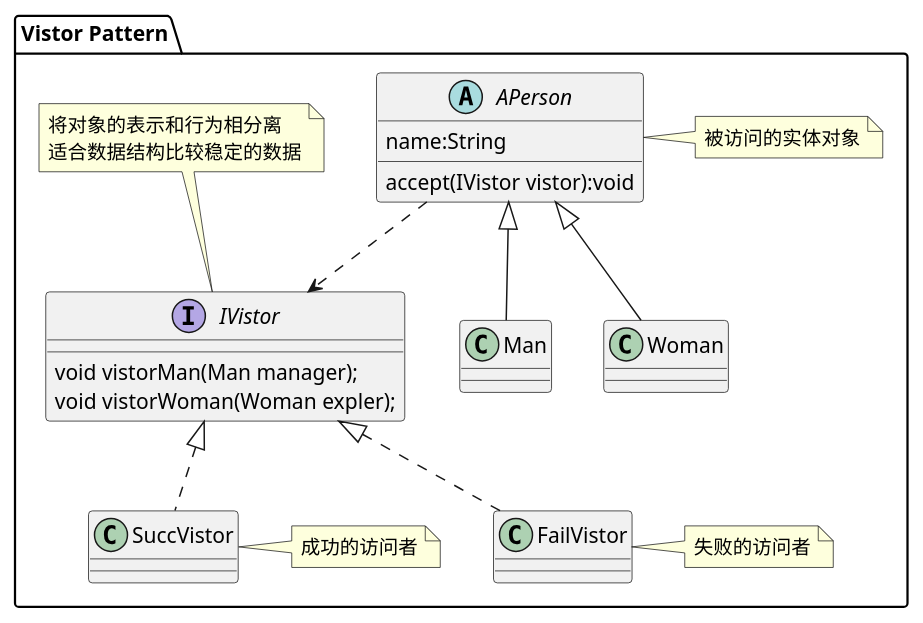
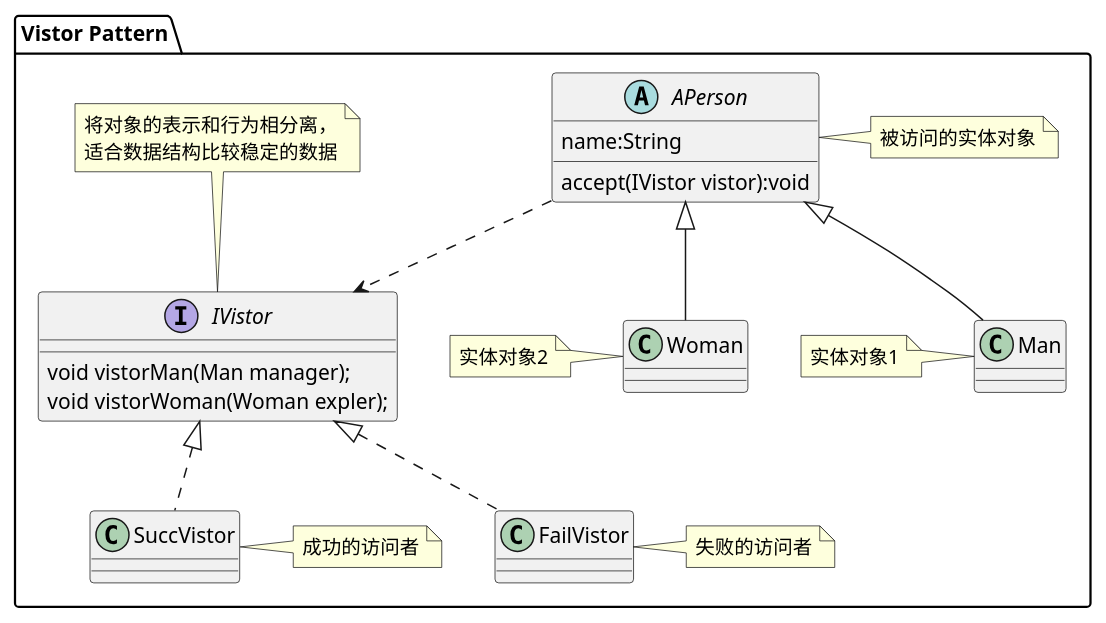
One commit to mxdldev/java-design-pattern changed the diagram in lib_design_pattern/src/main/java/com/mxdl/desigin/pattern/behavior/a11_vistor/uml/vistor.puml. Above: the diagram before and after it, drawn with PlantUML. The commit also changed 28 other files, not shown here.

```diff
--- a/lib_design_pattern/src/main/java/com/mxdl/desigin/pattern/behavior/a11_vistor/uml/vistor.puml
+++ b/lib_design_pattern/src/main/java/com/mxdl/desigin/pattern/behavior/a11_vistor/uml/vistor.puml
@@ -1,27 +1,33 @@
 @startuml
+skinparam classAttributeIconSize 0
 package "Vistor Pattern"{
     interface IVistor{
         void vistorMan(Man manager);
         void vistorWoman(Woman expler);
     }
-    note top:将对象的表示和行为相分离\n适合数据结构比较稳定的数据
+    note top:将对象的表示和行为相分离，\n适合数据结构比较稳定的数据
 
     class SuccVistor
     note right:成功的访问者
     class SuccVistor implements IVistor
 
     class FailVistor
     note right:失败的访问者
     class FailVistor implements IVistor
 
     abstract class APerson{
      name:String
      accept(IVistor vistor):void
     }
     note right:被访问的实体对象
 
+    class Man
+    note left:实体对象1
     class Man extends APerson
+
+    class Woman
+    note left:实体对象2
     class Woman extends APerson
     APerson -.> IVistor
 }
 @enduml
```
